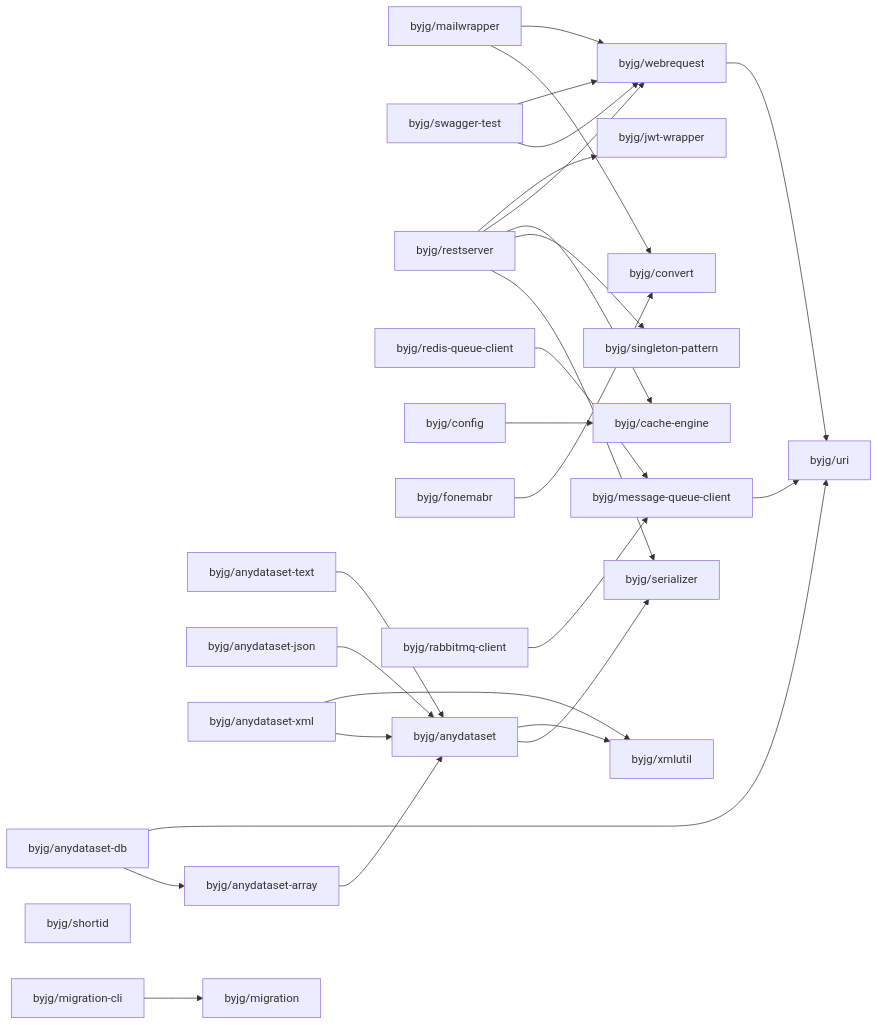
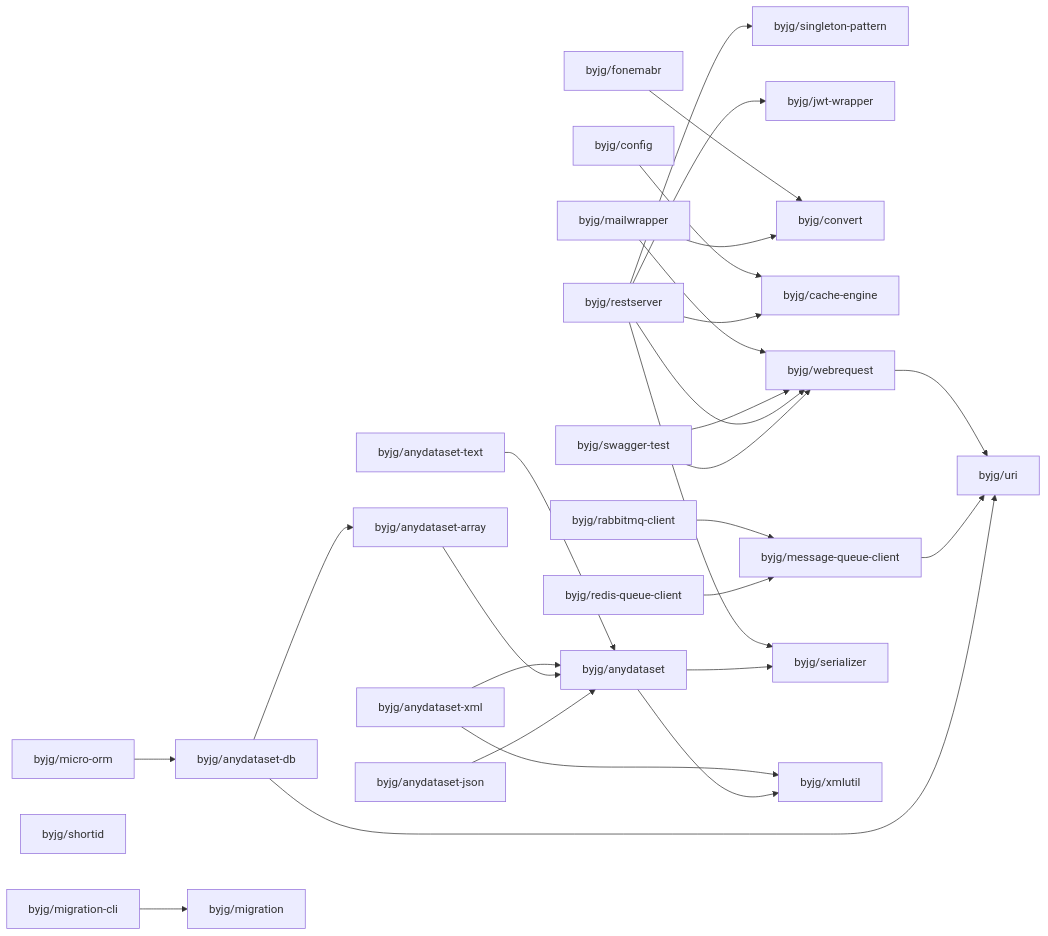
Before and after one commit to byjg/byjg.github.io: the diagram in php/README.md, drawn with Mermaid. The commit also changed 1 other file, not shown here.

Commit message:
Update documentation 'php' 'php-micro-orm'

````diff
--- a/php/README.md
+++ b/php/README.md
@@ -3,53 +3,55 @@
 ```mermaid
 graph LR;
+  byjg/fonemabr;
+  byjg/anydataset-json;
+  byjg/restserver;
   byjg/mailwrapper;
+  byjg/micro-orm;
+  byjg/config;
   byjg/swagger-test;
-  byjg/restserver;
+  byjg/shortid;
+  byjg/rabbitmq-client;
   byjg/redis-queue-client;
-  byjg/config;
   byjg/anydataset-text;
-  byjg/anydataset-json;
+  byjg/anydataset-xml;
   byjg/migration-cli;
-  byjg/shortid;
-  byjg/fonemabr;
-  byjg/anydataset-xml;
+  byjg/singleton-pattern;
+  byjg/jwt-wrapper;
+  byjg/convert;
   byjg/anydataset-db;
-  byjg/rabbitmq-client;
-  byjg/singleton-pattern;
+  byjg/cache-engine;
   byjg/webrequest;
-  byjg/jwt-wrapper;
-  byjg/cache-engine;
+  byjg/message-queue-client;
   byjg/migration;
-  byjg/convert;
   byjg/anydataset-array;
-  byjg/message-queue-client;
+  byjg/uri;
   byjg/anydataset;
-  byjg/uri;
   byjg/serializer;
   byjg/xmlutil;
   byjg/fonemabr --> byjg/convert;
   byjg/config --> byjg/cache-engine;
   byjg/anydataset-text --> byjg/anydataset;
   byjg/webrequest --> byjg/uri;
   byjg/rabbitmq-client --> byjg/message-queue-client;
+  byjg/micro-orm --> byjg/anydataset-db;
   byjg/anydataset-xml --> byjg/anydataset;
   byjg/anydataset-xml --> byjg/xmlutil;
   byjg/anydataset-array --> byjg/anydataset;
   byjg/mailwrapper --> byjg/convert;
   byjg/mailwrapper --> byjg/webrequest;
   byjg/message-queue-client --> byjg/uri;
   byjg/anydataset-db --> byjg/anydataset-array;
   byjg/anydataset-db --> byjg/uri;
   byjg/anydataset-json --> byjg/anydataset;
   byjg/swagger-test --> byjg/webrequest;
   byjg/redis-queue-client --> byjg/message-queue-client;
   byjg/restserver --> byjg/serializer;
   byjg/restserver --> byjg/singleton-pattern;
   byjg/restserver --> byjg/cache-engine;
   byjg/restserver --> byjg/webrequest;
   byjg/restserver --> byjg/jwt-wrapper;
   byjg/swagger-test --> byjg/webrequest;
   byjg/migration-cli --> byjg/migration;
   byjg/anydataset --> byjg/serializer;
   byjg/anydataset --> byjg/xmlutil;
 ```
````
